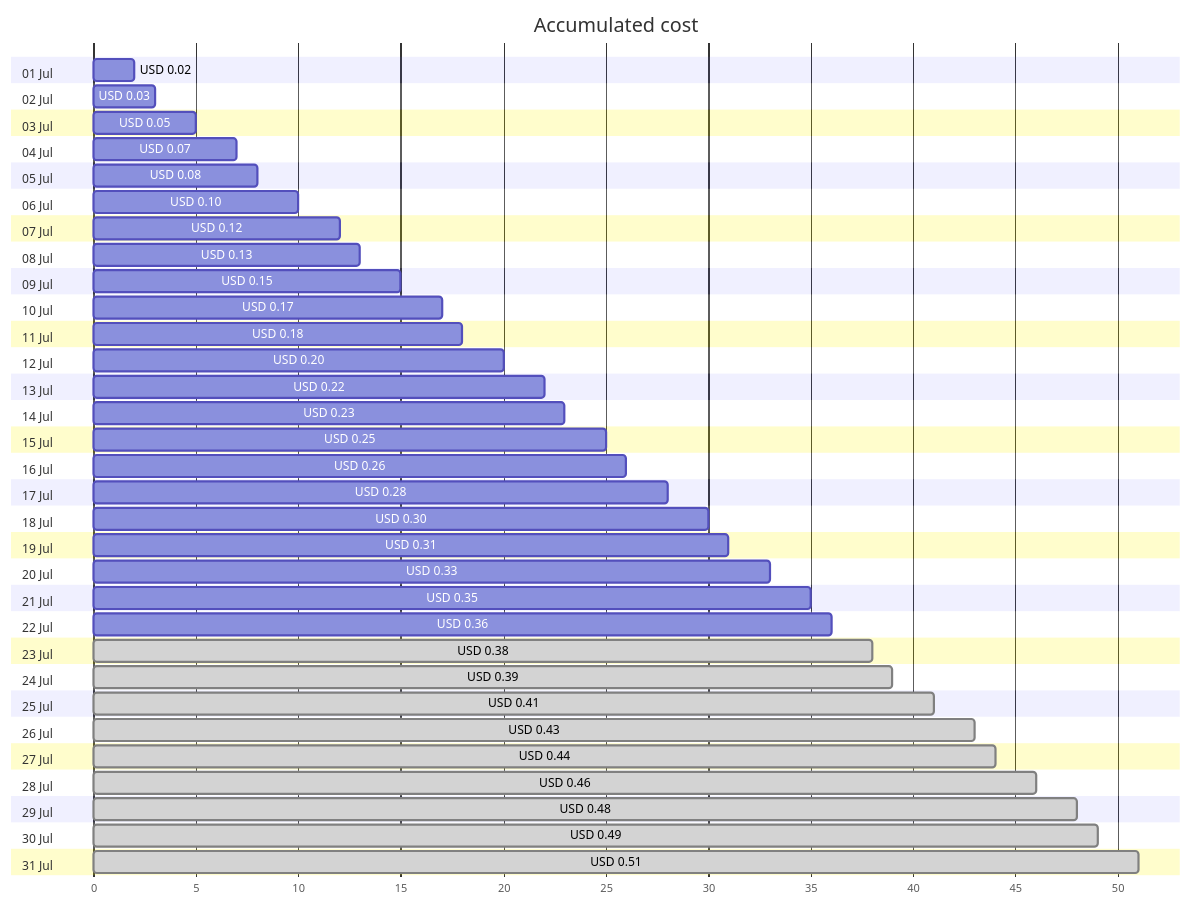
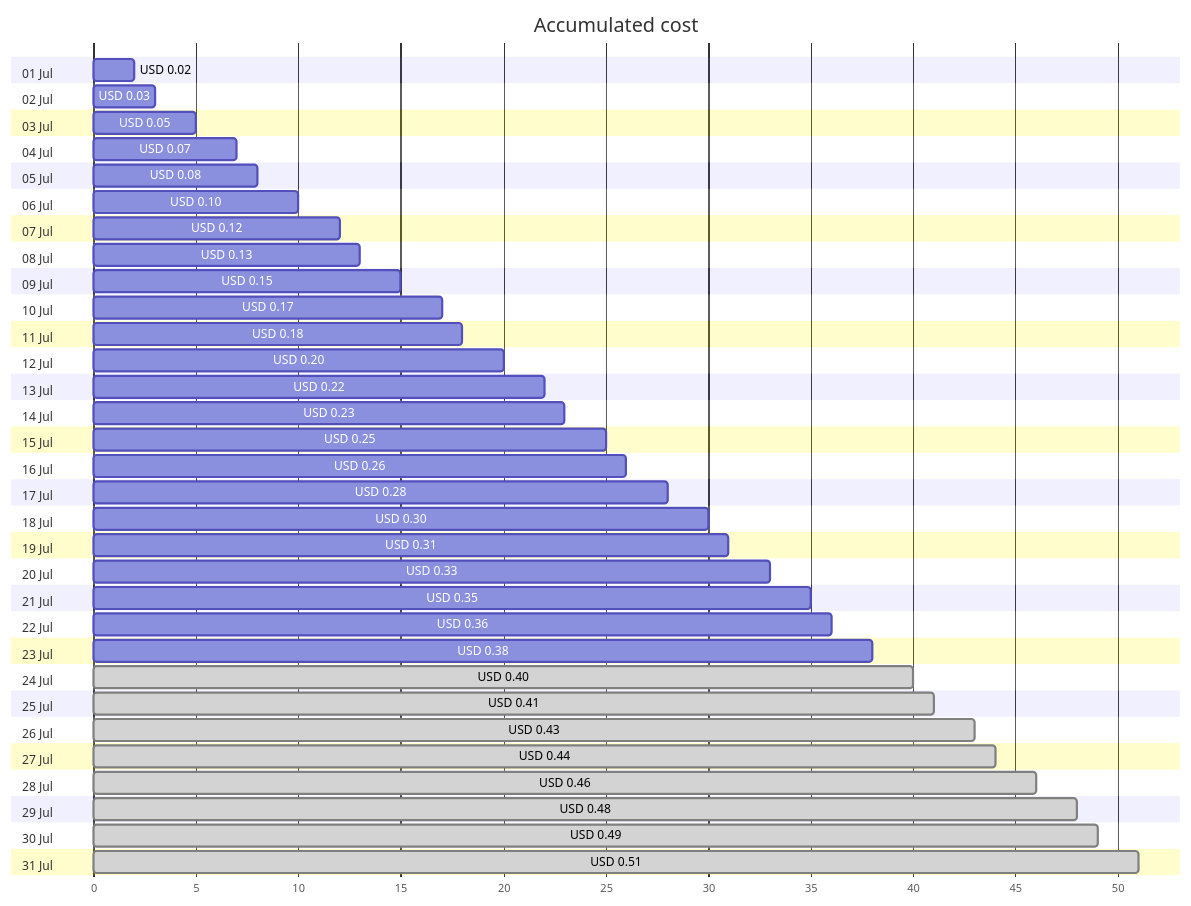
The first of 4 diagrams in cost-reports/personal-dns/jpatrickfulton.dev.md (jpfulton/azure-personal-reports), drawn with Mermaid before and after one commit. The commit also changed other lines of this file and 2 other files, not shown here.

````diff
--- a/cost-reports/personal-dns/jpatrickfulton.dev.md
+++ b/cost-reports/personal-dns/jpatrickfulton.dev.md
@@ -20,68 +20,68 @@
 ```mermaid
 gantt
    title Accumulated cost
    dateFormat  X
    axisFormat %s
    section 01 Jul
    USD 0.02 :0, 2
    section 02 Jul
    USD 0.03 :0, 3
    section 03 Jul
    USD 0.05 :0, 5
    section 04 Jul
    USD 0.07 :0, 7
    section 05 Jul
    USD 0.08 :0, 8
    section 06 Jul
    USD 0.10 :0, 10
    section 07 Jul
    USD 0.12 :0, 12
    section 08 Jul
    USD 0.13 :0, 13
    section 09 Jul
    USD 0.15 :0, 15
    section 10 Jul
    USD 0.17 :0, 17
    section 11 Jul
    USD 0.18 :0, 18
    section 12 Jul
    USD 0.20 :0, 20
    section 13 Jul
    USD 0.22 :0, 22
    section 14 Jul
    USD 0.23 :0, 23
    section 15 Jul
    USD 0.25 :0, 25
    section 16 Jul
    USD 0.26 :0, 26
    section 17 Jul
    USD 0.28 :0, 28
    section 18 Jul
    USD 0.30 :0, 30
    section 19 Jul
    USD 0.31 :0, 31
    section 20 Jul
    USD 0.33 :0, 33
    section 21 Jul
    USD 0.35 :0, 35
    section 22 Jul
    USD 0.36 :0, 36
    section 23 Jul
-   USD 0.38 : done, 0, 38
+   USD 0.38 :0, 38
    section 24 Jul
-   USD 0.39 : done, 0, 39
+   USD 0.40 : done, 0, 40
    section 25 Jul
    USD 0.41 : done, 0, 41
    section 26 Jul
    USD 0.43 : done, 0, 43
    section 27 Jul
    USD 0.44 : done, 0, 44
    section 28 Jul
    USD 0.46 : done, 0, 46
    section 29 Jul
    USD 0.48 : done, 0, 48
    section 30 Jul
    USD 0.49 : done, 0, 49
    section 31 Jul
    USD 0.51 : done, 0, 51
 ```
````
